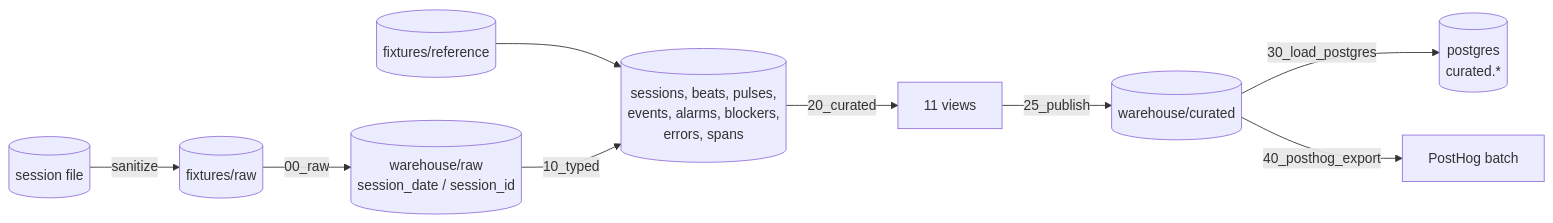
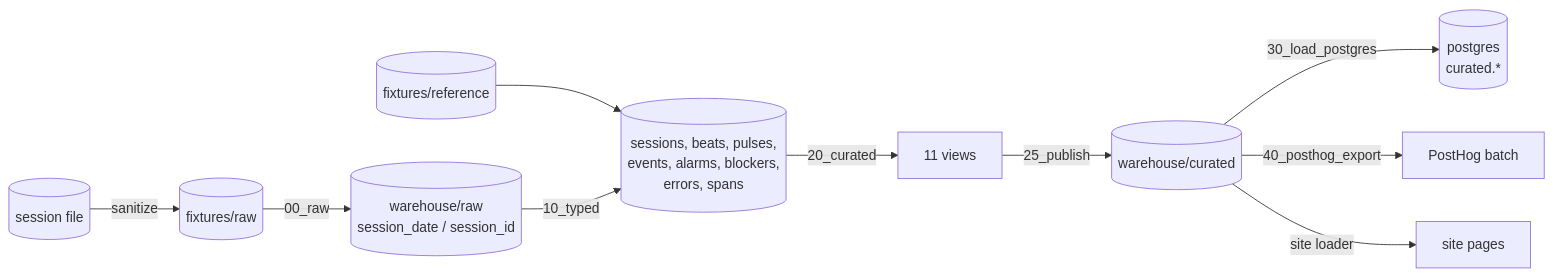
One commit to MrBisonte/flightdeck changed the fourth of 4 diagrams in docs/architecture.md. Above: the diagram before and after it, drawn with Mermaid. The commit also changed other lines of this file and 1 other file, not shown here.

First line of the commit message:
docs: record the site as a third consumer of the curated layer

````diff
--- a/docs/architecture.md
+++ b/docs/architecture.md
@@ -269,11 +271,12 @@
 ```mermaid
 flowchart LR
   jsonl[("session file")] -->|sanitize| fix[("fixtures/raw")]
   fix -->|00_raw| rawp[("warehouse/raw<br/>session_date / session_id")]
   ref[("fixtures/reference")] --> typed
   rawp -->|10_typed| typed[("sessions, beats, pulses,<br/>events, alarms, blockers,<br/>errors, spans")]
   typed -->|20_curated| cur["11 views"]
   cur -->|25_publish| cparq[("warehouse/curated")]
   cparq -->|30_load_postgres| pg[("postgres<br/>curated.*")]
   cparq -->|40_posthog_export| ph["PostHog batch"]
+  cparq -->|site loader| web["site pages"]
 ```
````
